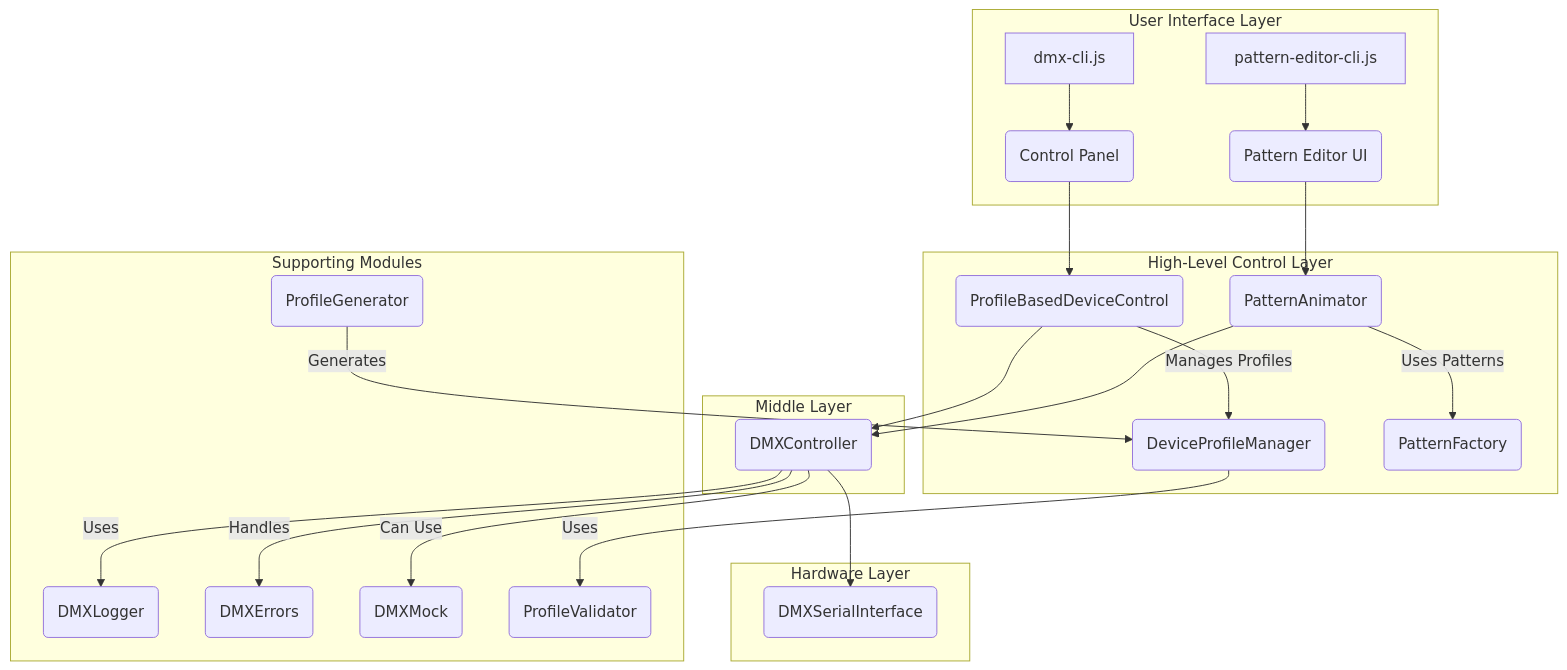
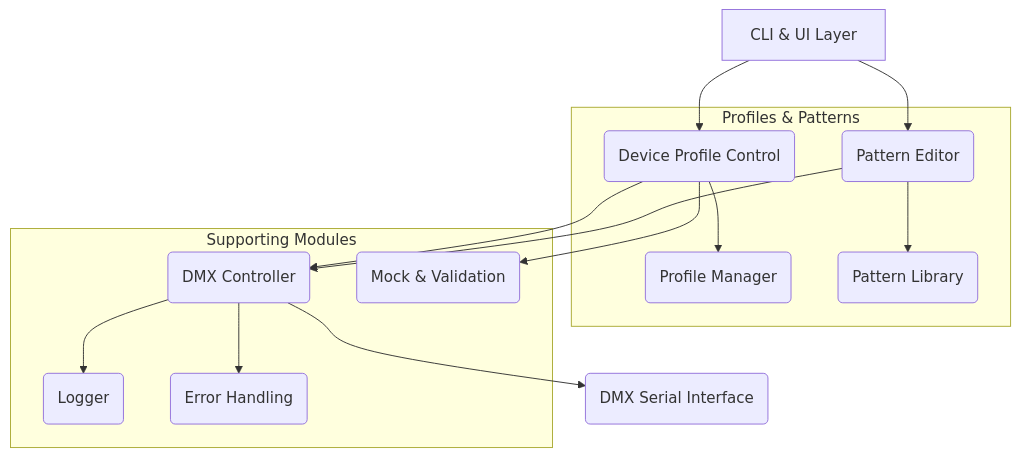
Before and after one commit to clocksmith/party: the first of 2 diagrams in README.md, drawn with Mermaid. The commit also changed other lines of this file and 2904 other files, not shown here.

````diff
--- a/README.md
+++ b/README.md
@@ -309,37 +275,19 @@
 ```mermaid
 graph TD
-    subgraph User Interface Layer
-        A[dmx-cli.js] --> B(Control Panel)
-        C[pattern-editor-cli.js] --> D(Pattern Editor UI)
-    end
+    CLI[CLI & UI Layer] --> PB(Device Profile Control)
+    CLI --> PE(Pattern Editor)
+    PB --> DC(DMX Controller)
+    PE --> DC
+    DC --> SI(DMX Serial Interface)
 
-    subgraph High-Level Control Layer
-        B --> E(ProfileBasedDeviceControl)
-        D --> F(PatternAnimator)
-        E -- Manages Profiles --> G(DeviceProfileManager)
-        F -- Uses Patterns --> H(PatternFactory)
-    end
-
-    subgraph Middle Layer
-        E --> I(DMXController)
-        F --> I
-    end
-
-    subgraph Hardware Layer
-        I --> J(DMXSerialInterface)
+    subgraph Profiles & Patterns
+        PB --> PM(Profile Manager)
+        PE --> PL(Pattern Library)
     end
 
     subgraph Supporting Modules
-        K(DMXLogger)
-        L(DMXErrors)
-        M(DMXMock)
-        N(ProfileValidator)
-        O(ProfileGenerator)
+        DC --> LG(Logger)
+        DC --> ER(Error Handling)
+        PB --> MV(Mock & Validation)
     end
-
-    I -- Uses --> K
-    I -- Handles --> L
-    I -- Can Use --> M
-    G -- Uses --> N
-    O -- Generates --> G
 ```
````
